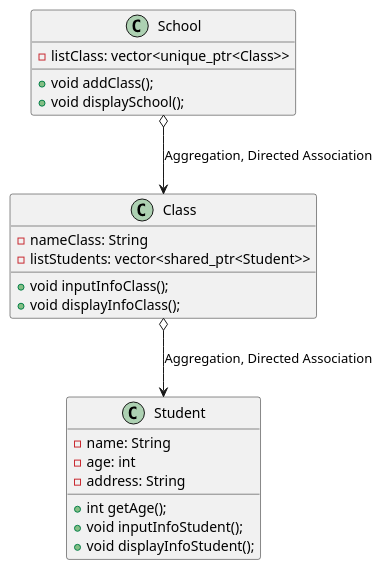
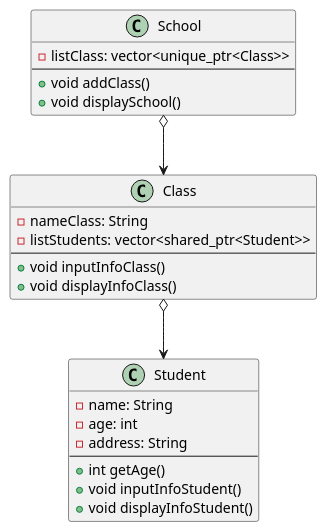
The diagram in .Assigment/OOP/ex6/diagram/diagram.wsd (baobluebird/Basic-C-Cplusplus), drawn with PlantUML before and after one commit. The commit also changed 42 other files, not shown here.

```diff
--- a/.Assigment/OOP/ex6/diagram/diagram.wsd
+++ b/.Assigment/OOP/ex6/diagram/diagram.wsd
@@ -1,28 +1,31 @@
 @startuml
 
 class Student {
     - name: String
     - age: int
     - address: String
-    + int getAge();
-    + void inputInfoStudent();
-    + void displayInfoStudent();
+    --
+    + int getAge()
+    + void inputInfoStudent()
+    + void displayInfoStudent()
 }
 
-class Class{
+class Class {
     - nameClass: String
     - listStudents: vector<shared_ptr<Student>>
-    + void inputInfoClass();
-    + void displayInfoClass();
+    --
+    + void inputInfoClass()
+    + void displayInfoClass()
 }
 
 class School {
     - listClass: vector<unique_ptr<Class>>
-    + void addClass();
-    + void displaySchool();
+    --
+    + void addClass()
+    + void displaySchool()
 }
 
-Class o--> Student : Aggregation, Directed Association
-School o-->  Class : Aggregation, Directed Association
+Class o--> Student
+School o--> Class
 
 @enduml
```
